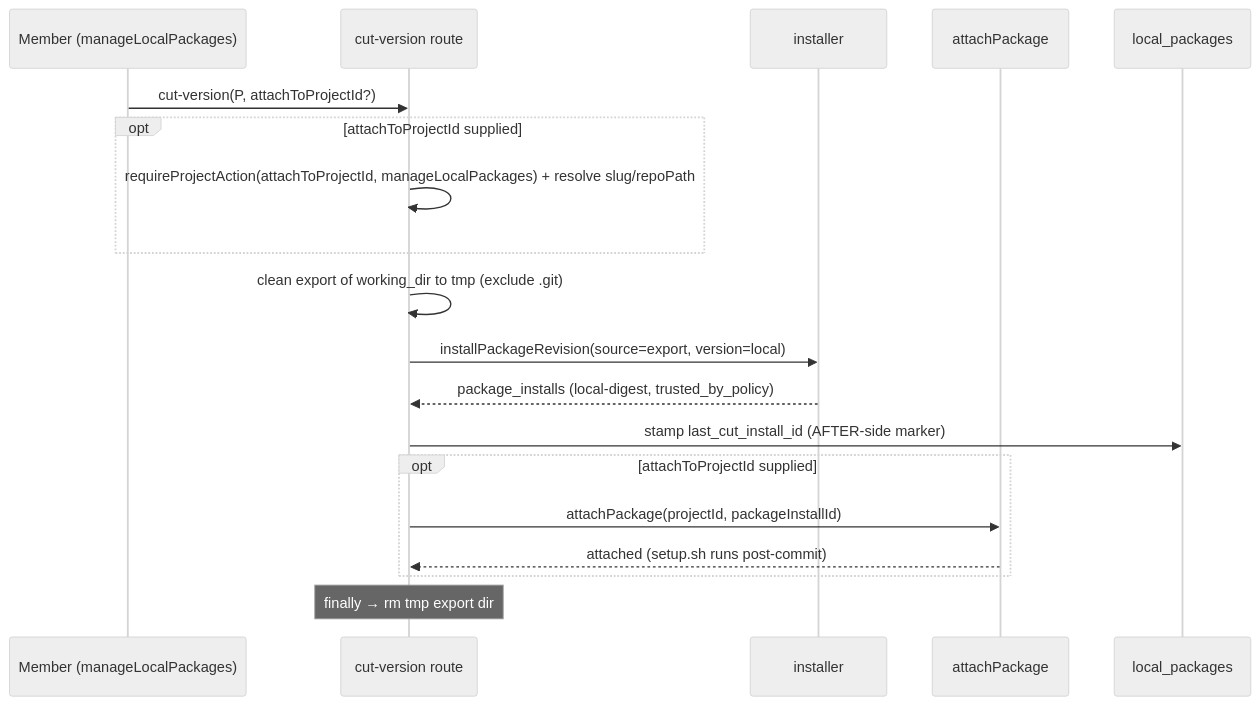
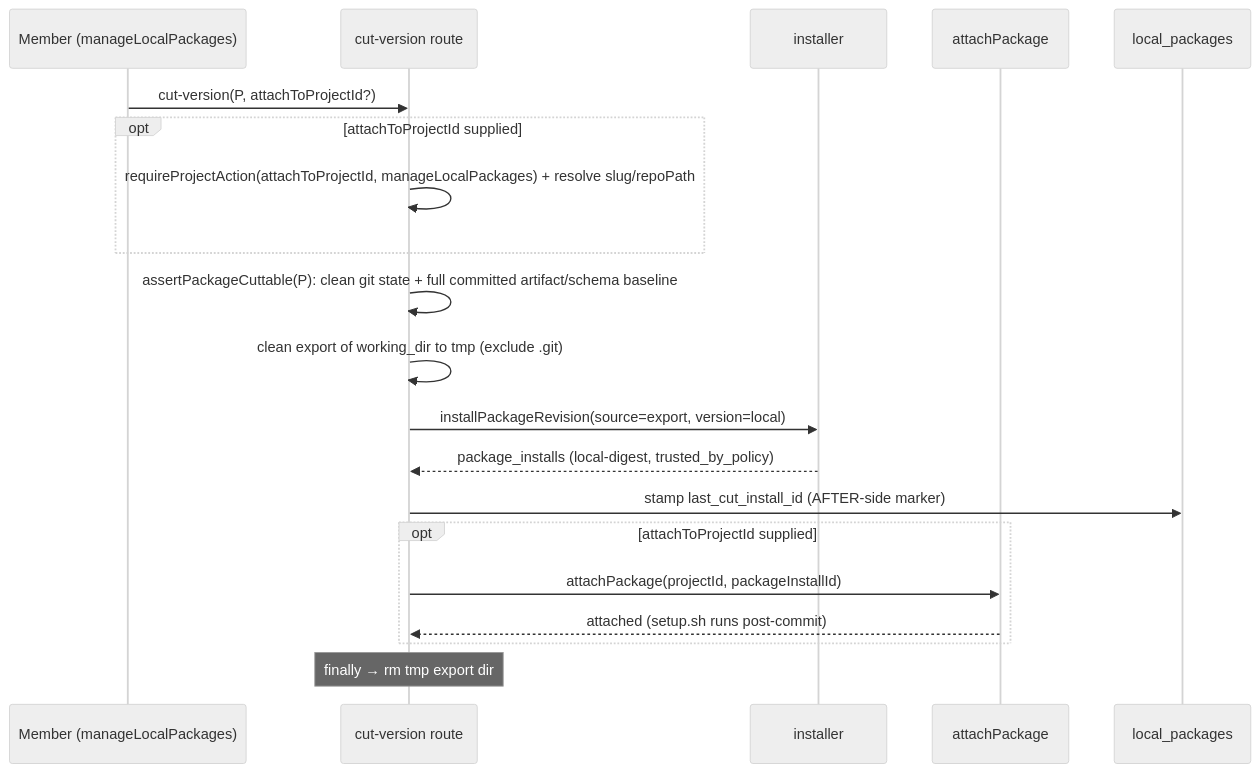
Before and after one commit to maister-dev/maister: the fifth of 13 diagrams in docs/system-analytics/local-packages.md, drawn with Mermaid (neutral theme). The commit also changed other lines of this file and 16 other files, not shown here.

````diff
--- a/docs/system-analytics/local-packages.md
+++ b/docs/system-analytics/local-packages.md
@@ -166,21 +166,22 @@
 ```mermaid
 sequenceDiagram
     participant U as Member (manageLocalPackages)
     participant C as cut-version route
     participant I as installer
     participant A as attachPackage
     participant DB as local_packages
     U->>C: cut-version(P, attachToProjectId?)
     opt attachToProjectId supplied
         C->>C: requireProjectAction(attachToProjectId, manageLocalPackages) + resolve slug/repoPath
     end
+    C->>C: assertPackageCuttable(P): clean git state + full committed artifact/schema baseline
     C->>C: clean export of working_dir to tmp (exclude .git)
     C->>I: installPackageRevision(source=export, version=local)
     I-->>C: package_installs (local-digest, trusted_by_policy)
     C->>DB: stamp last_cut_install_id (AFTER-side marker)
     opt attachToProjectId supplied
         C->>A: attachPackage(projectId, packageInstallId)
         A-->>C: attached (setup.sh runs post-commit)
     end
     Note over C: finally → rm tmp export dir
 ```
````
